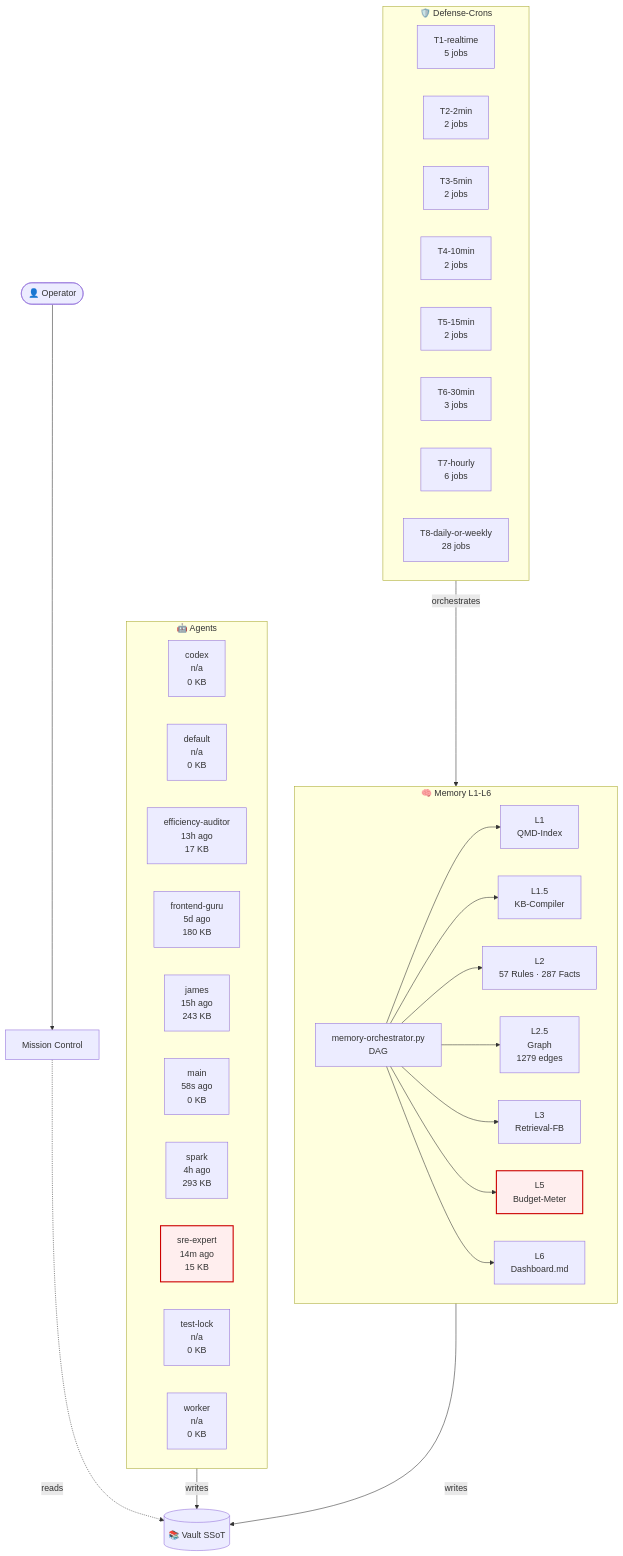
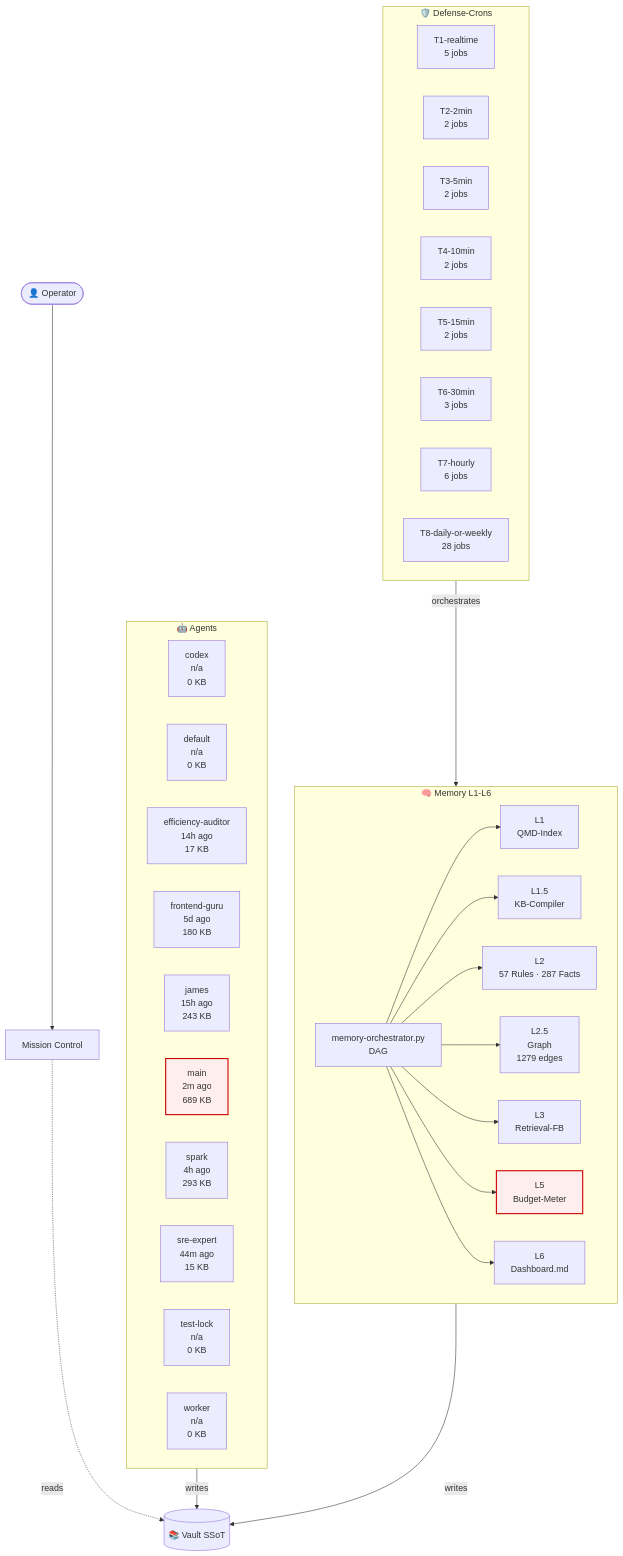
Before and after one commit to lenardhuebner88-rgb/openclaw-memory: the diagram in 03-Agents/architecture-live.md, drawn with Mermaid. The commit also changed other lines of this file and 19 other files, not shown here.

````diff
--- a/03-Agents/architecture-live.md
+++ b/03-Agents/architecture-live.md
@@ -18,53 +18,53 @@
 ```mermaid
 flowchart TB
     classDef critical fill:#fee,stroke:#c00,stroke-width:2px;
     subgraph AGT["🤖 Agents"]
         agent_codex["codex<br/>n/a<br/>0 KB"]
         agent_default["default<br/>n/a<br/>0 KB"]
-        agent_efficiency_auditor["efficiency-auditor<br/>13h ago<br/>17 KB"]
+        agent_efficiency_auditor["efficiency-auditor<br/>14h ago<br/>17 KB"]
         agent_frontend_guru["frontend-guru<br/>5d ago<br/>180 KB"]
         agent_james["james<br/>15h ago<br/>243 KB"]
-        agent_main["main<br/>58s ago<br/>0 KB"]
+        agent_main["main<br/>2m ago<br/>689 KB"]
         agent_spark["spark<br/>4h ago<br/>293 KB"]
-        agent_sre_expert["sre-expert<br/>14m ago<br/>15 KB"]
+        agent_sre_expert["sre-expert<br/>44m ago<br/>15 KB"]
         agent_test_lock["test-lock<br/>n/a<br/>0 KB"]
         agent_worker["worker<br/>n/a<br/>0 KB"]
     end
     subgraph MEM["🧠 Memory L1-L6"]
         L1["L1<br/>QMD-Index"]
         L15["L1.5<br/>KB-Compiler"]
         L2["L2<br/>57 Rules · 287 Facts"]
         L25["L2.5<br/>Graph<br/>1279 edges"]
         L3["L3<br/>Retrieval-FB"]
         L5["L5<br/>Budget-Meter"]
         L6["L6<br/>Dashboard.md"]
         ORCH["memory-orchestrator.py<br/>DAG"]
     end
     subgraph CRN["🛡️ Defense-Crons"]
         tier_T1_realtime["T1-realtime<br/>5 jobs"]
         tier_T2_2min["T2-2min<br/>2 jobs"]
         tier_T3_5min["T3-5min<br/>2 jobs"]
         tier_T4_10min["T4-10min<br/>2 jobs"]
         tier_T5_15min["T5-15min<br/>2 jobs"]
         tier_T6_30min["T6-30min<br/>3 jobs"]
         tier_T7_hourly["T7-hourly<br/>6 jobs"]
         tier_T8_daily_or_weekly["T8-daily-or-weekly<br/>28 jobs"]
     end
     VAULT[("📚 Vault SSoT")]
     OP([👤 Operator])
     MC["Mission Control"]
     OP --> MC
     MC -.reads.-> VAULT
     AGT -->|writes| VAULT
     MEM -->|writes| VAULT
     ORCH --> L1
     ORCH --> L15
     ORCH --> L2
     ORCH --> L25
     ORCH --> L3
     ORCH --> L5
     ORCH --> L6
     CRN -->|orchestrates| MEM
     class L5 critical
-    class agent_sre_expert critical
+    class agent_main critical
 ```
````
